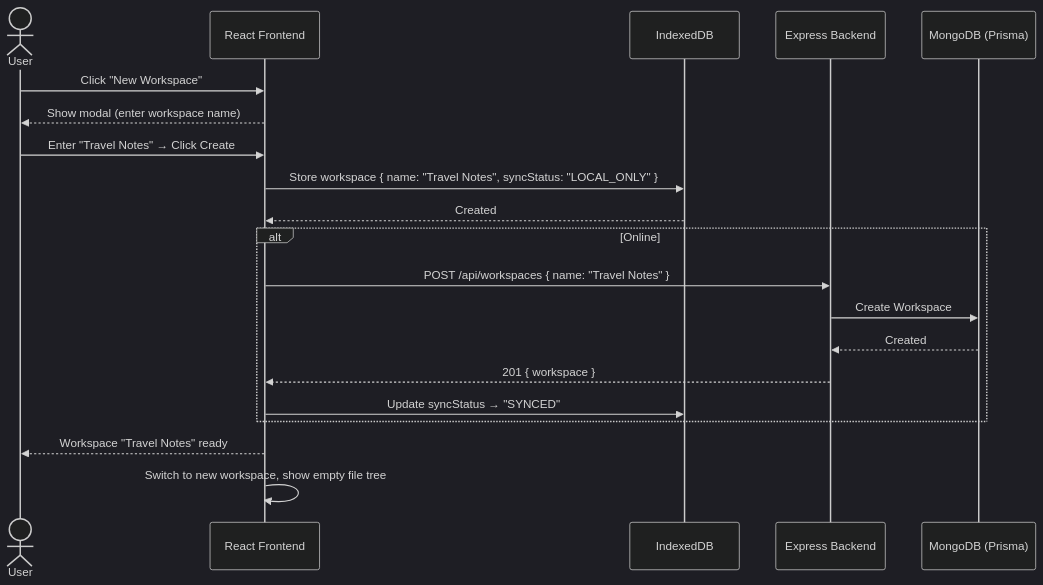
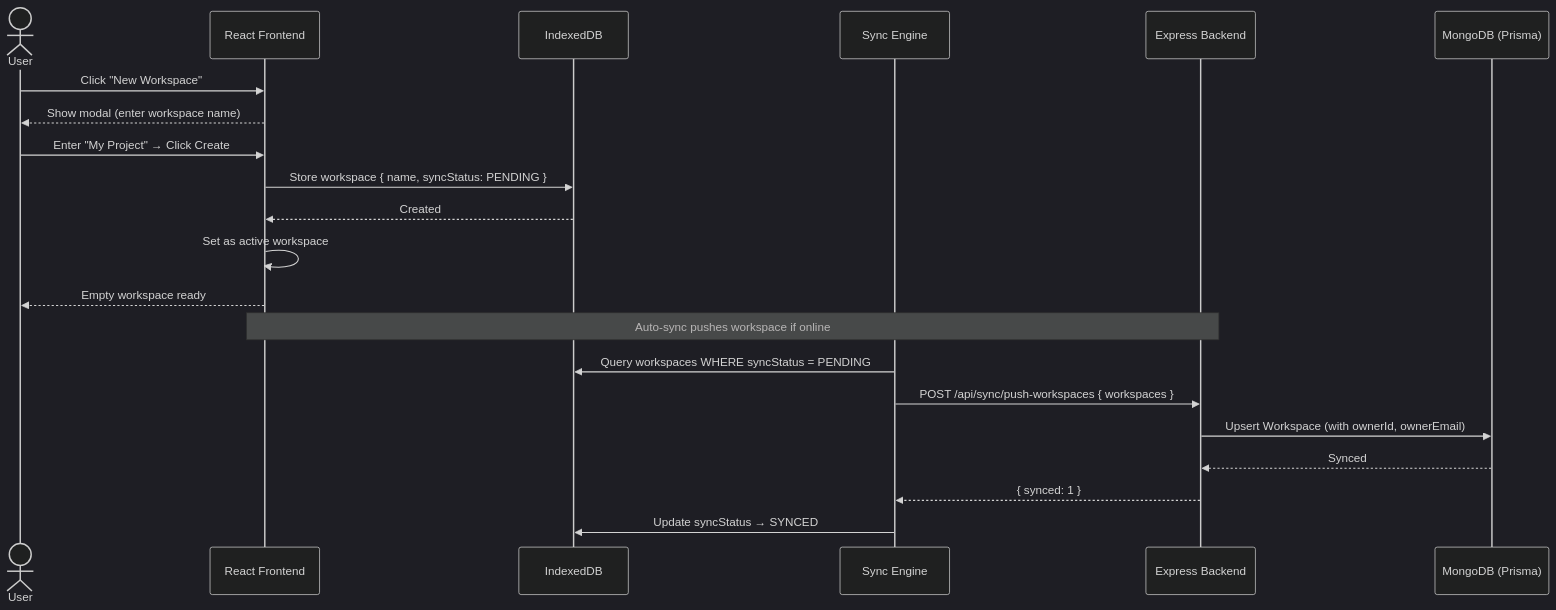
Before and after one commit to codervipul775/Safar: the ninth of 10 diagrams in sequenceDiagram.md, drawn with Mermaid (dark theme). The commit also changed other lines of this file and 3 other files, not shown here.

Commit message:
docs: update sequence diagrams to reflect authentication, file management, and synchronization workflows

````diff
--- a/sequenceDiagram.md
+++ b/sequenceDiagram.md
@@ -260,26 +261,26 @@
 ```mermaid
 sequenceDiagram
     actor User
     participant UI as React Frontend
     participant IDB as IndexedDB
+    participant SE as Sync Engine
     participant API as Express Backend
     participant DB as MongoDB (Prisma)
 
     User->>UI: Click "New Workspace"
     UI-->>User: Show modal (enter workspace name)
-    User->>UI: Enter "Travel Notes" → Click Create
+    User->>UI: Enter "My Project" → Click Create
 
-    UI->>IDB: Store workspace { name: "Travel Notes", syncStatus: "LOCAL_ONLY" }
+    UI->>IDB: Store workspace { name, syncStatus: PENDING }
     IDB-->>UI: Created
+    UI->>UI: Set as active workspace
+    UI-->>User: Empty workspace ready
 
-    alt Online
-        UI->>API: POST /api/workspaces { name: "Travel Notes" }
-        API->>DB: Create Workspace
-        DB-->>API: Created
-        API-->>UI: 201 { workspace }
-        UI->>IDB: Update syncStatus → "SYNCED"
-    end
-
-    UI-->>User: Workspace "Travel Notes" ready
-    UI->>UI: Switch to new workspace, show empty file tree
+    Note over UI,API: Auto-sync pushes workspace if online
+    SE->>IDB: Query workspaces WHERE syncStatus = PENDING
+    SE->>API: POST /api/sync/push-workspaces { workspaces }
+    API->>DB: Upsert Workspace (with ownerId, ownerEmail)
+    DB-->>API: Synced
+    API-->>SE: { synced: 1 }
+    SE->>IDB: Update syncStatus → SYNCED
 ```
````
